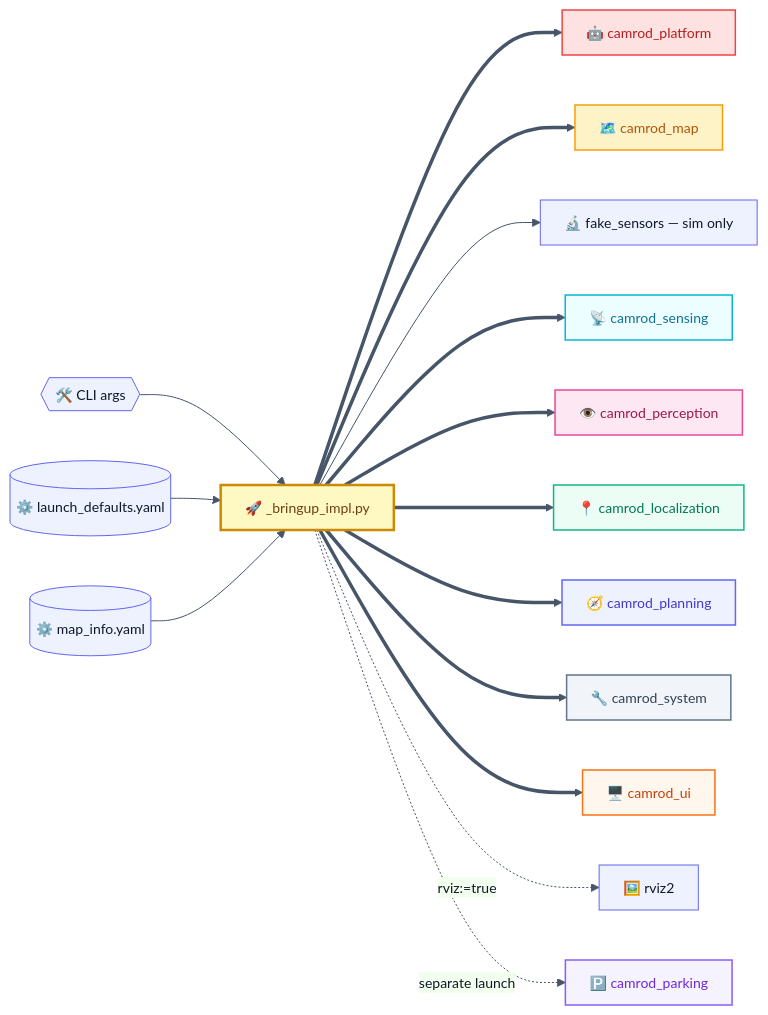
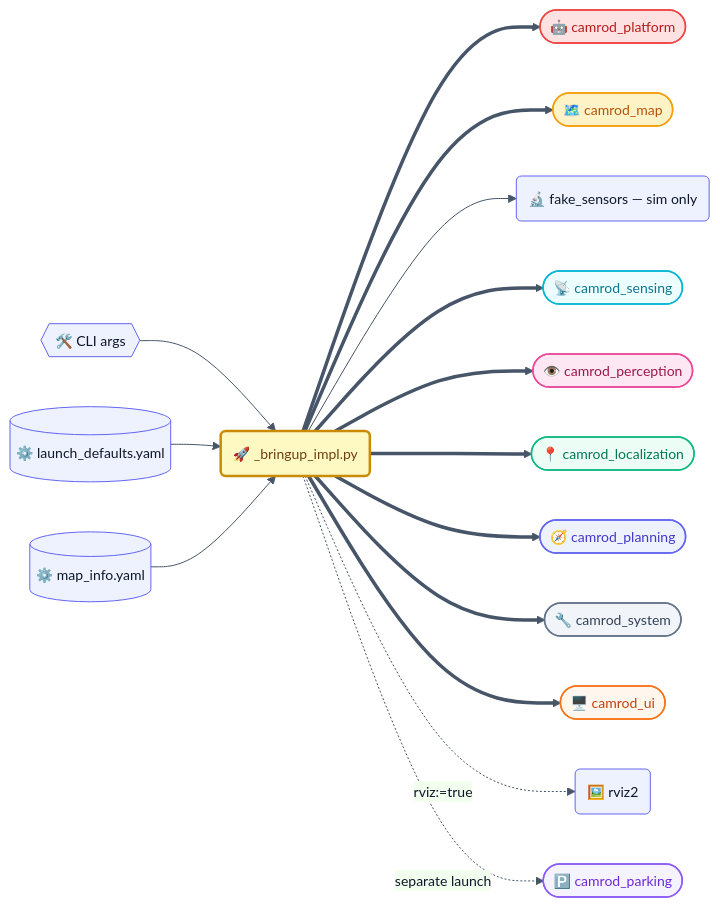
One commit to hwanhonglee/CAMROD changed the first of 3 diagrams in camrod_bringup/README.md. Above: the diagram before and after it, drawn with Mermaid. The commit also changed other lines of this file and 12 other files, not shown here.

First line of the commit message:
docs(v4): unified Mermaid shape convention + runtime data flow diagram

````diff
--- a/camrod_bringup/README.md
+++ b/camrod_bringup/README.md
@@ -48,42 +48,42 @@
 ```mermaid
 %%{init: {'theme': 'base', 'themeVariables': {'fontFamily': 'ui-sans-serif, system-ui, sans-serif', 'fontSize': '14px', 'primaryColor': '#EEF2FF', 'primaryTextColor': '#0F172A', 'primaryBorderColor': '#6366F1', 'lineColor': '#475569'}, 'flowchart': {'curve': 'basis', 'htmlLabels': true, 'padding': 12}}}%%
 graph LR
   classDef sensing      fill:#ECFEFF,stroke:#06B6D4,stroke-width:1.5px,color:#0E7490;
   classDef localization fill:#ECFDF5,stroke:#10B981,stroke-width:1.5px,color:#047857;
   classDef mapping      fill:#FEF3C7,stroke:#F59E0B,stroke-width:1.5px,color:#B45309;
   classDef perception   fill:#FCE7F3,stroke:#EC4899,stroke-width:1.5px,color:#9D174D;
   classDef planning     fill:#EEF2FF,stroke:#6366F1,stroke-width:1.5px,color:#4338CA;
   classDef platform     fill:#FEE2E2,stroke:#EF4444,stroke-width:1.5px,color:#B91C1C;
   classDef parking      fill:#F5F3FF,stroke:#8B5CF6,stroke-width:1.5px,color:#6D28D9;
   classDef system       fill:#F1F5F9,stroke:#64748B,stroke-width:1.5px,color:#334155;
   classDef ui           fill:#FFF7ED,stroke:#F97316,stroke-width:1.5px,color:#C2410C;
   classDef config       fill:#FFFBEB,stroke:#D97706,stroke-width:1.5px,color:#92400E;
   classDef highlight    fill:#FEF9C3,stroke:#CA8A04,stroke-width:2.5px,color:#713F12;
 
-  CLI{{🛠️ CLI args}} --> IMPL[🚀 _bringup_impl.py]
+  CLI{{🛠️ CLI args}} --> IMPL(🚀 _bringup_impl.py)
   DEF[(⚙️ launch_defaults.yaml)] --> IMPL
   MAPINFO[(⚙️ map_info.yaml)] --> IMPL
 
-  IMPL ==> PLAT[🤖 camrod_platform]
-  IMPL ==> MAP[🗺️ camrod_map]
-  IMPL --> SIM[🔬 fake_sensors — sim only]
-  IMPL ==> SENS[📡 camrod_sensing]
-  IMPL ==> PER[👁️ camrod_perception]
-  IMPL ==> LOC[📍 camrod_localization]
-  IMPL ==> PLAN[🧭 camrod_planning]
-  IMPL ==> SYS[🔧 camrod_system]
-  IMPL ==> UIPKG[🖥️ camrod_ui]
-  IMPL -.->|rviz:=true| RVIZ[🖼️ rviz2]
-  IMPL -.->|separate launch| PARK[🅿️ camrod_parking]
+  IMPL ==> PLAT([🤖 camrod_platform])
+  IMPL ==> MAP([🗺️ camrod_map])
+  IMPL --> SIM(🔬 fake_sensors — sim only)
+  IMPL ==> SENS([📡 camrod_sensing])
+  IMPL ==> PER([👁️ camrod_perception])
+  IMPL ==> LOC([📍 camrod_localization])
+  IMPL ==> PLAN([🧭 camrod_planning])
+  IMPL ==> SYS([🔧 camrod_system])
+  IMPL ==> UIPKG([🖥️ camrod_ui])
+  IMPL -.->|rviz:=true| RVIZ(🖼️ rviz2)
+  IMPL -.->|separate launch| PARK([🅿️ camrod_parking])
 
   class PLAT platform
   class MAP mapping
   class SENS sensing
   class PER perception
   class LOC localization
   class PLAN planning
   class SYS system
   class UIPKG ui
   class PARK parking
   class IMPL highlight
 ```
````
